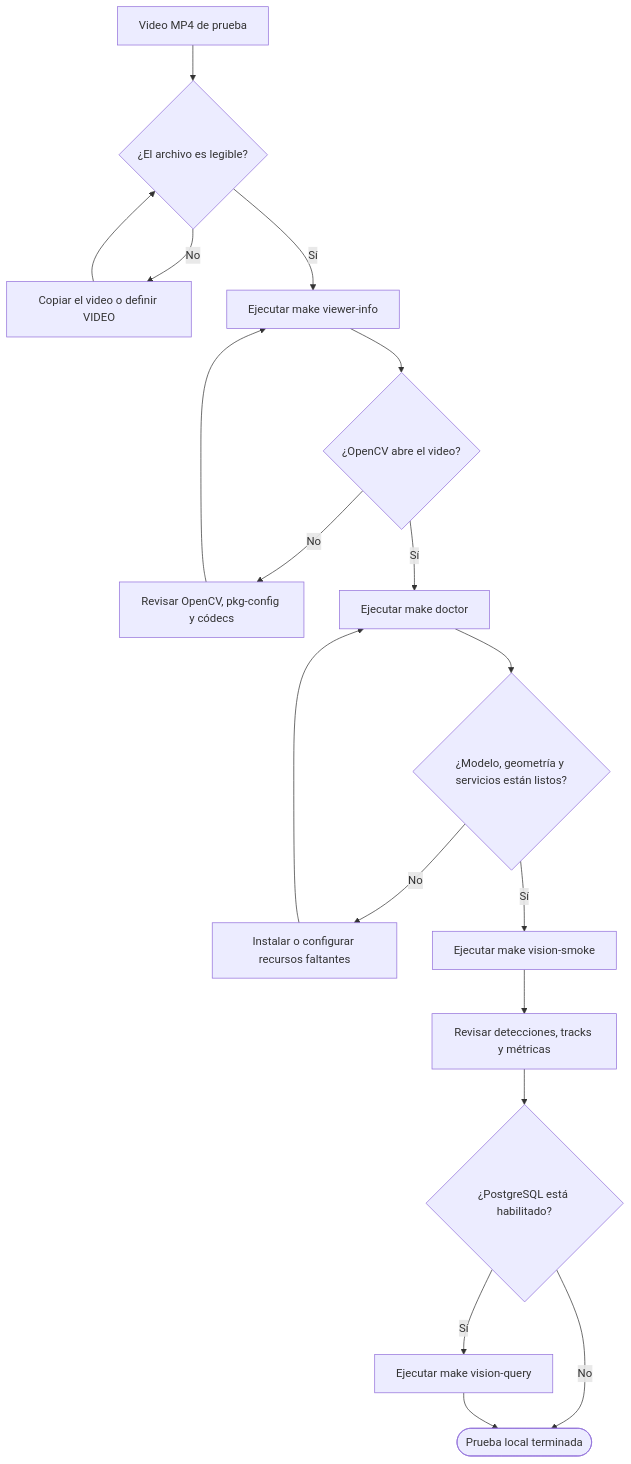
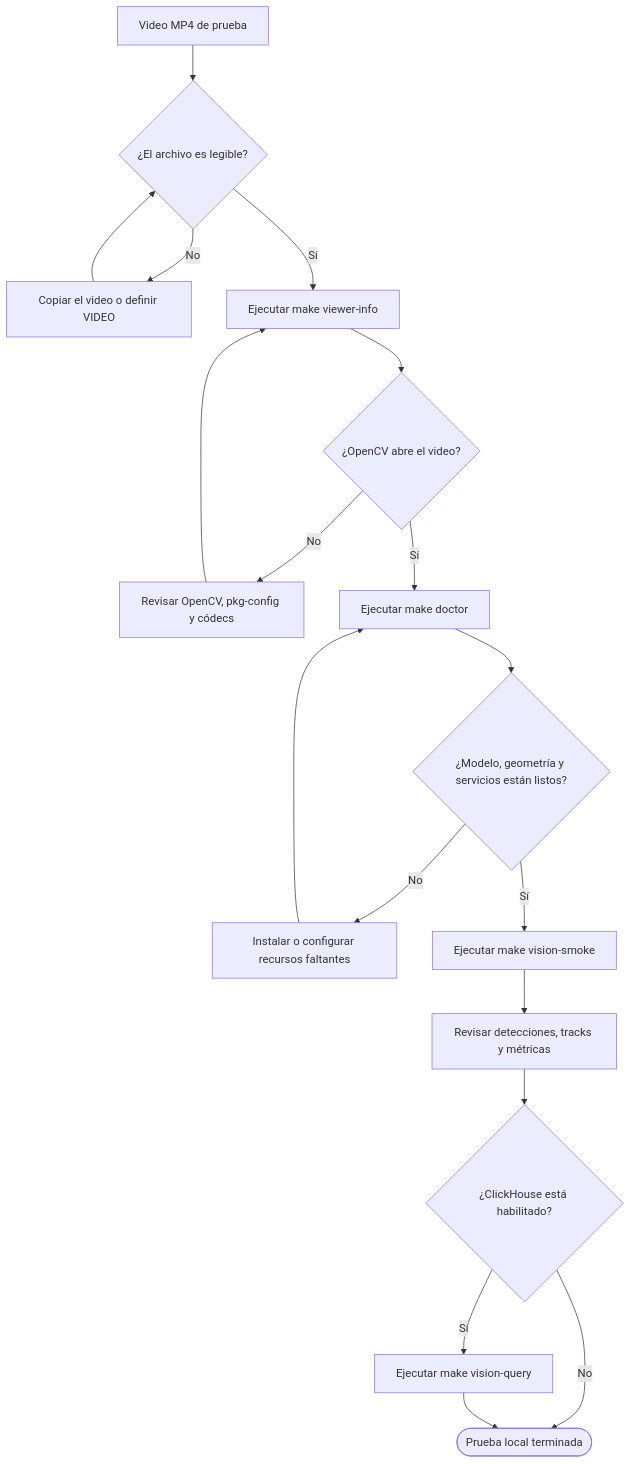
Before and after one commit to dfr2098/broder: the ninth of 9 diagrams in docs/FLOWS.md, drawn with Mermaid. The commit also changed other lines of this file and 28 other files, not shown here.

First line of the commit message:
Replace PostgreSQL temporal store with ClickHouse via Jaiva.

````diff
--- a/docs/FLOWS.md
+++ b/docs/FLOWS.md
@@ -284,20 +284,20 @@
 ```mermaid
 flowchart TD
     FILE[Video MP4 de prueba] --> EXISTS{¿El archivo es legible?}
     EXISTS -->|No| COPY[Copiar el video o definir VIDEO]
     COPY --> EXISTS
     EXISTS -->|Sí| INFO[Ejecutar make viewer-info]
     INFO --> OPEN{¿OpenCV abre el video?}
     OPEN -->|No| DEPS[Revisar OpenCV, pkg-config y códecs]
     DEPS --> INFO
     OPEN -->|Sí| DOCTOR[Ejecutar make doctor]
     DOCTOR --> READY{¿Modelo, geometría y servicios están listos?}
     READY -->|No| FIX[Instalar o configurar recursos faltantes]
     FIX --> DOCTOR
     READY -->|Sí| SMOKE[Ejecutar make vision-smoke]
     SMOKE --> LOGS[Revisar detecciones, tracks y métricas]
-    LOGS --> QUERY{¿PostgreSQL está habilitado?}
+    LOGS --> QUERY{¿ClickHouse está habilitado?}
     QUERY -->|Sí| DB[Ejecutar make vision-query]
     QUERY -->|No| END([Prueba local terminada])
     DB --> END
 ```
````
